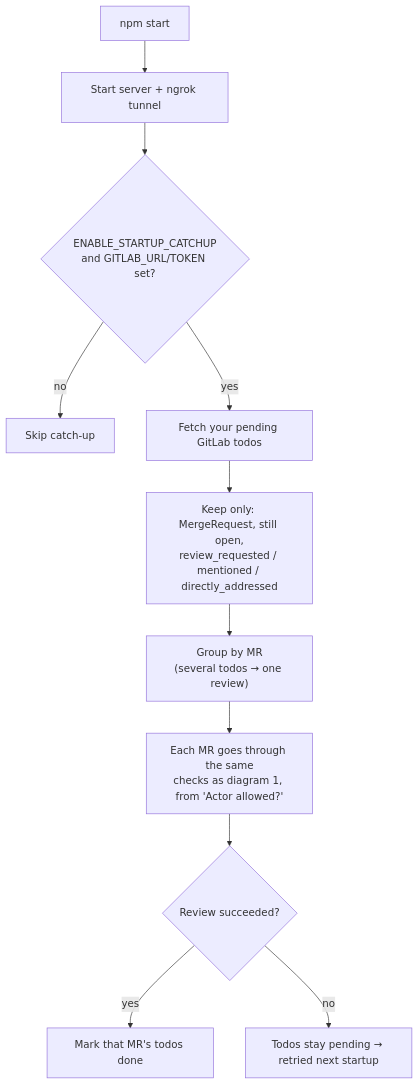
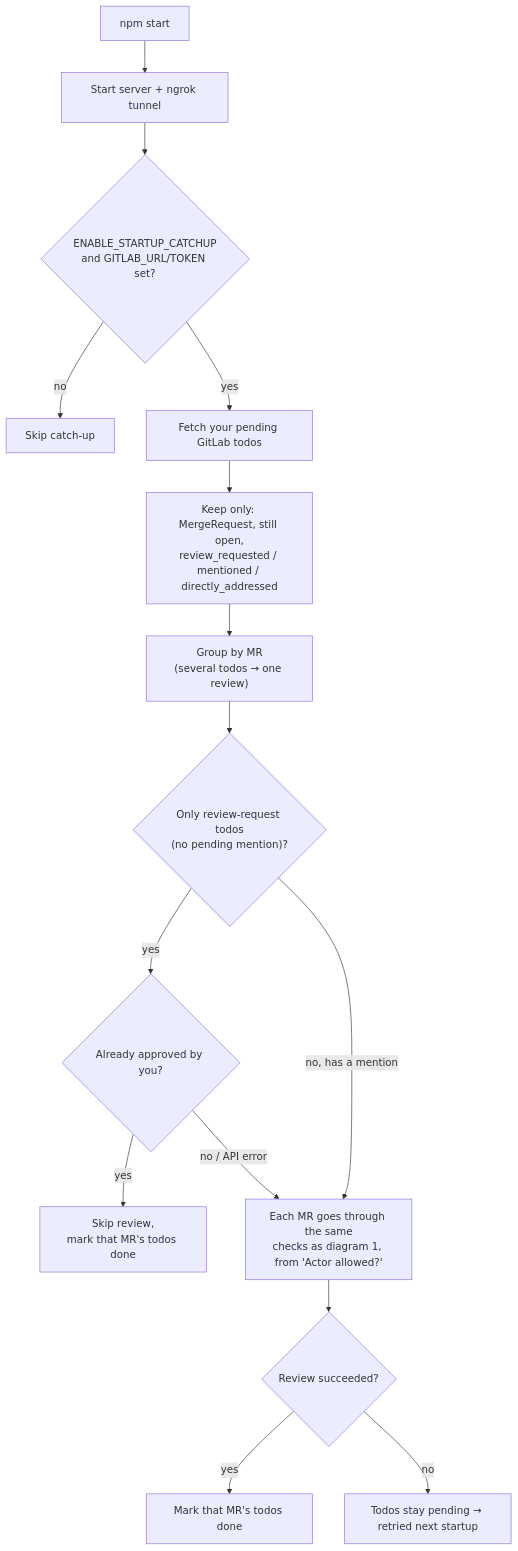
The third of 3 diagrams in README.md (tinoimammp/gitlab-auto-reviewer), drawn with Mermaid before and after one commit. The commit also changed other lines of this file and 2 other files, not shown here.

Commit message:
fix: skip catch-up review for MRs you already approved
GitLab doesn't mark a review-request todo done when you approve (only
when you comment/react/etc.), so an MR approved by hand while the server
was down got reviewed again on startup. The catch-up now checks the MR's
approvals and clears review-request-only todos on MRs you already
approved, without running a review. MRs that also have a pending mention
are still reviewed, since the mention may be a new question; if the
approvals check fails, it reviews as before.

````diff
--- a/README.md
+++ b/README.md
@@ -121,13 +121,18 @@
 ```mermaid
 flowchart TD
     A["npm start"] --> B["Start server + ngrok tunnel"]
     B --> C{"ENABLE_STARTUP_CATCHUP<br/>and GITLAB_URL/TOKEN set?"}
     C -- no --> C1["Skip catch-up"]
     C -- yes --> D["Fetch your pending GitLab todos"]
     D --> E["Keep only: MergeRequest, still open,<br/>review_requested / mentioned / directly_addressed"]
     E --> F["Group by MR<br/>(several todos → one review)"]
-    F --> G["Each MR goes through the same<br/>checks as diagram 1, from 'Actor allowed?'"]
+    F --> F1{"Only review-request todos<br/>(no pending mention)?"}
+    F1 -- yes --> F2{"Already approved by you?"}
+    F2 -- yes --> F3["Skip review,<br/>mark that MR's todos done"]
+    F2 -- "no / API error" --> G
+    F1 -- "no, has a mention" --> G
+    G["Each MR goes through the same<br/>checks as diagram 1, from 'Actor allowed?'"]
     G --> H{"Review succeeded?"}
     H -- yes --> I["Mark that MR's todos done"]
     H -- no --> J["Todos stay pending → retried next startup"]
 ```
````
